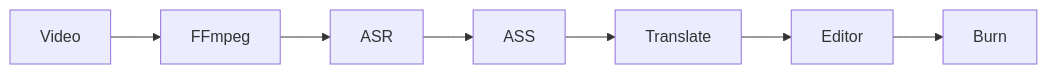
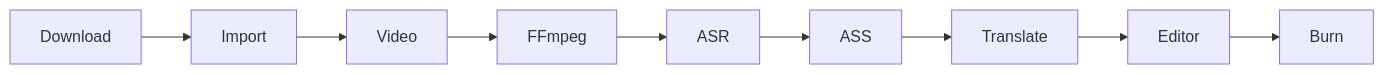
Before and after one commit to jason-zzx/hikaru-sub: the diagram in AGENTS.md, drawn with Mermaid. The commit also changed other lines of this file and 21 other files, not shown here.

````diff
--- a/AGENTS.md
+++ b/AGENTS.md
@@ -67,4 +72,4 @@
 ```mermaid
 flowchart LR
-  Video --> FFmpeg --> ASR --> ASS --> Translate --> Editor --> Burn
+  Download --> Import --> Video --> FFmpeg --> ASR --> ASS --> Translate --> Editor --> Burn
 ```
````
